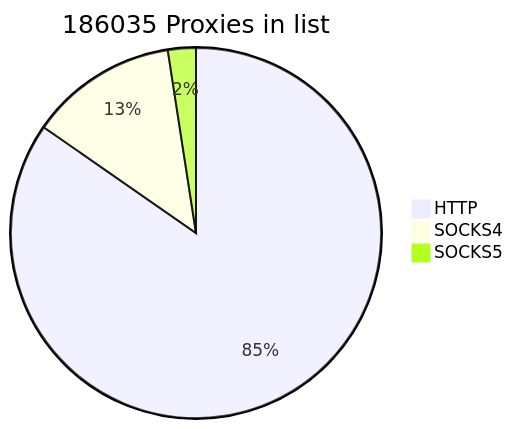
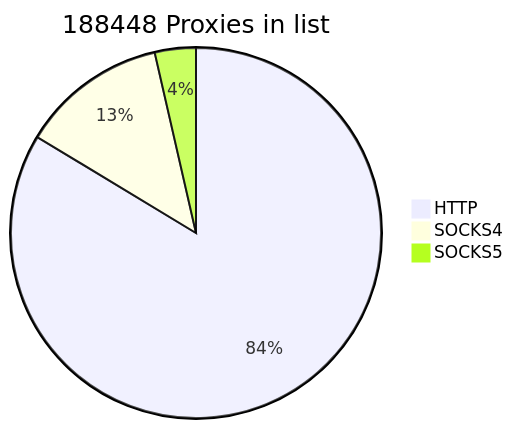
Before and after one commit to cutipu/proxylist: the first of 2 diagrams in README.md, drawn with Mermaid. The commit also changed other lines of this file, not shown here.

````diff
--- a/README.md
+++ b/README.md
@@ -2,7 +2,7 @@
 ```mermaid
-pie title 186035 Proxies in list
-    "HTTP" : 157504
-    "SOCKS4" : 23988
-    "SOCKS5" : 4543
+pie title 188448 Proxies in list
+    "HTTP" : 157643
+    "SOCKS4" : 24056
+    "SOCKS5" : 6749
             
 ```
````
